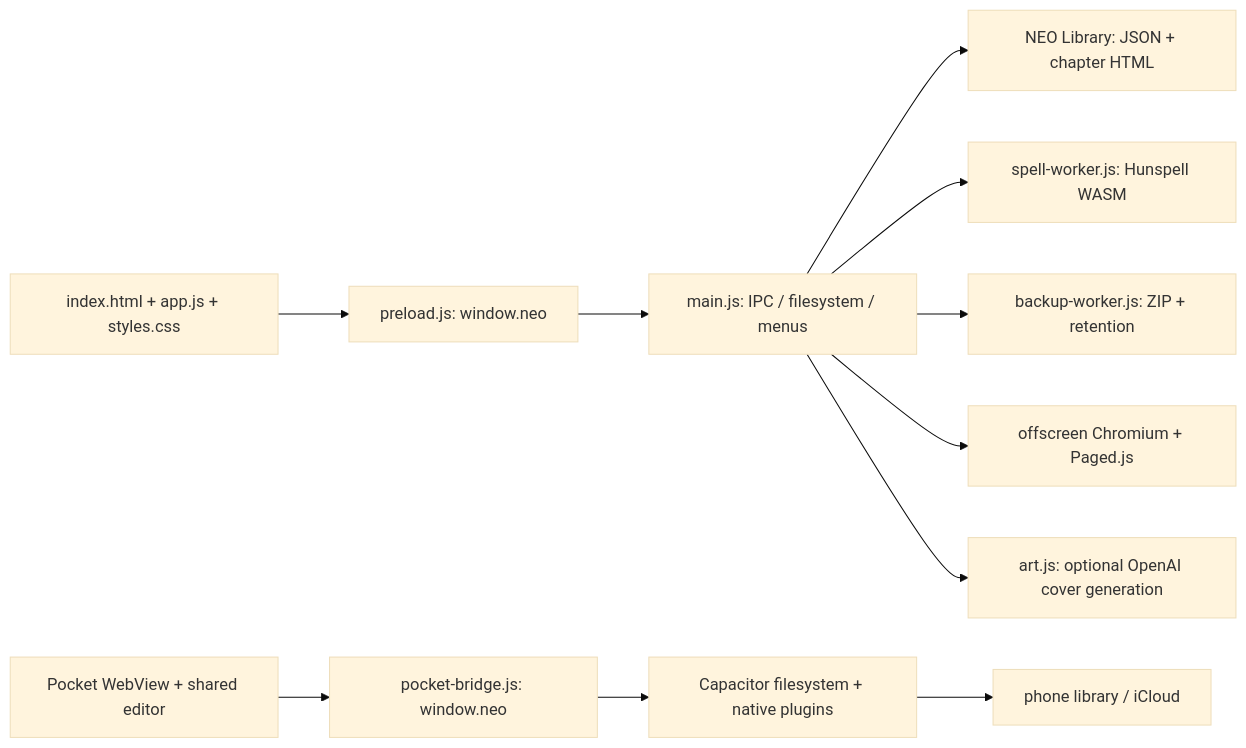
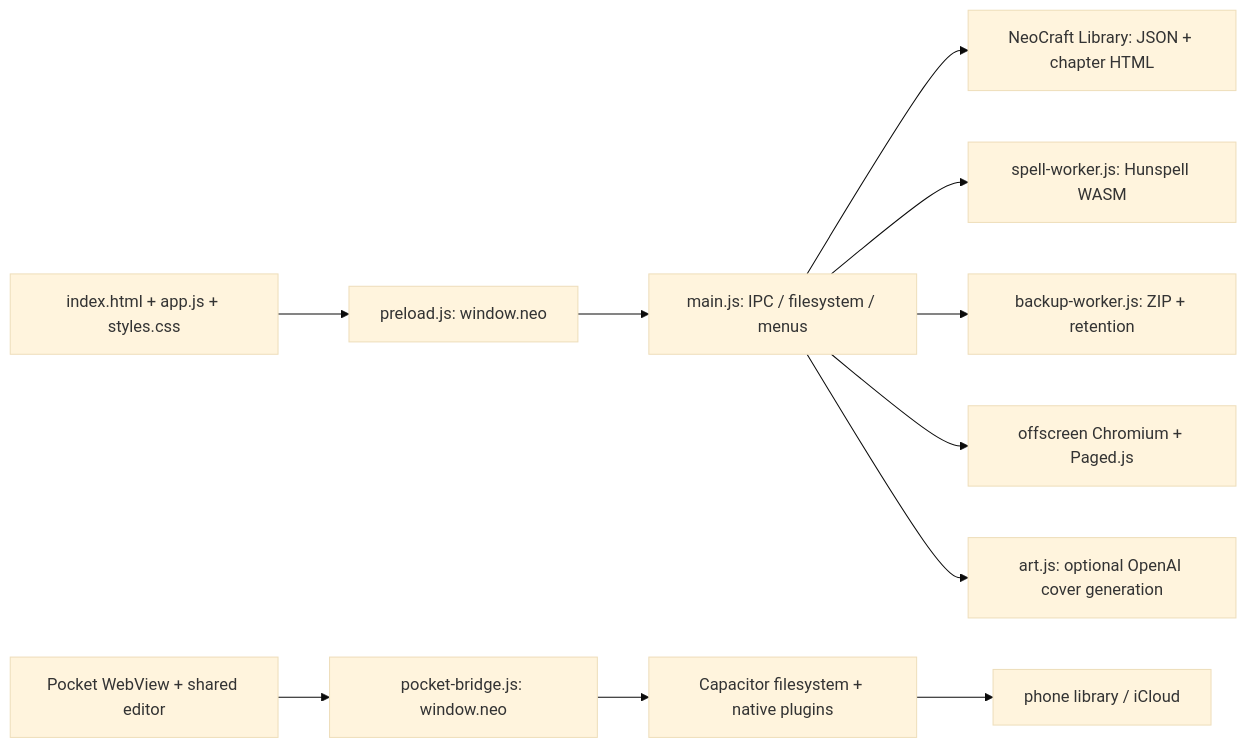
Before and after one commit to iannitram/neo: the first of 2 diagrams in docs/review-2026-10-24/CODE-MAP.md, drawn with Mermaid (base theme). The commit also changed other lines of this file, not shown here.

Commit message:
Code map: bring up to date with main (7da01af)

````diff
--- a/docs/review-2026-10-24/CODE-MAP.md
+++ b/docs/review-2026-10-24/CODE-MAP.md
@@ -7,13 +9,13 @@
 ```mermaid
 flowchart LR
   UI["index.html + app.js + styles.css"] --> BR["preload.js: window.neo"]
   BR --> MAIN["main.js: IPC / filesystem / menus"]
-  MAIN --> LIB["NEO Library: JSON + chapter HTML"]
+  MAIN --> LIB["NeoCraft Library: JSON + chapter HTML"]
   MAIN --> SPELL["spell-worker.js: Hunspell WASM"]
   MAIN --> BACK["backup-worker.js: ZIP + retention"]
   MAIN --> PRINT["offscreen Chromium + Paged.js"]
   MAIN --> ART["art.js: optional OpenAI cover generation"]
   MOBILE["Pocket WebView + shared editor"] --> PB["pocket-bridge.js: window.neo"]
   PB --> CAP["Capacitor filesystem + native plugins"]
   CAP --> PHONE["phone library / iCloud"]
 ```
````
